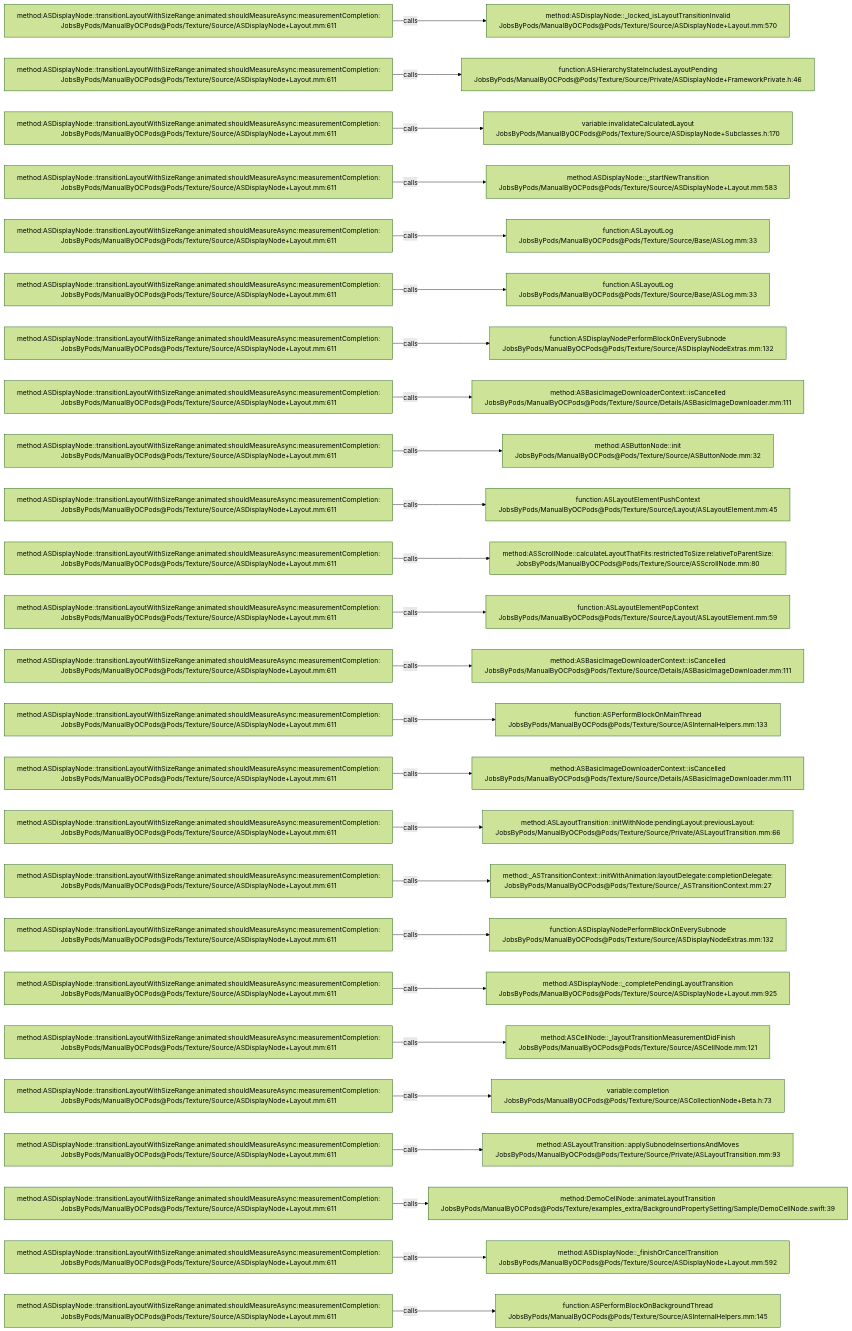
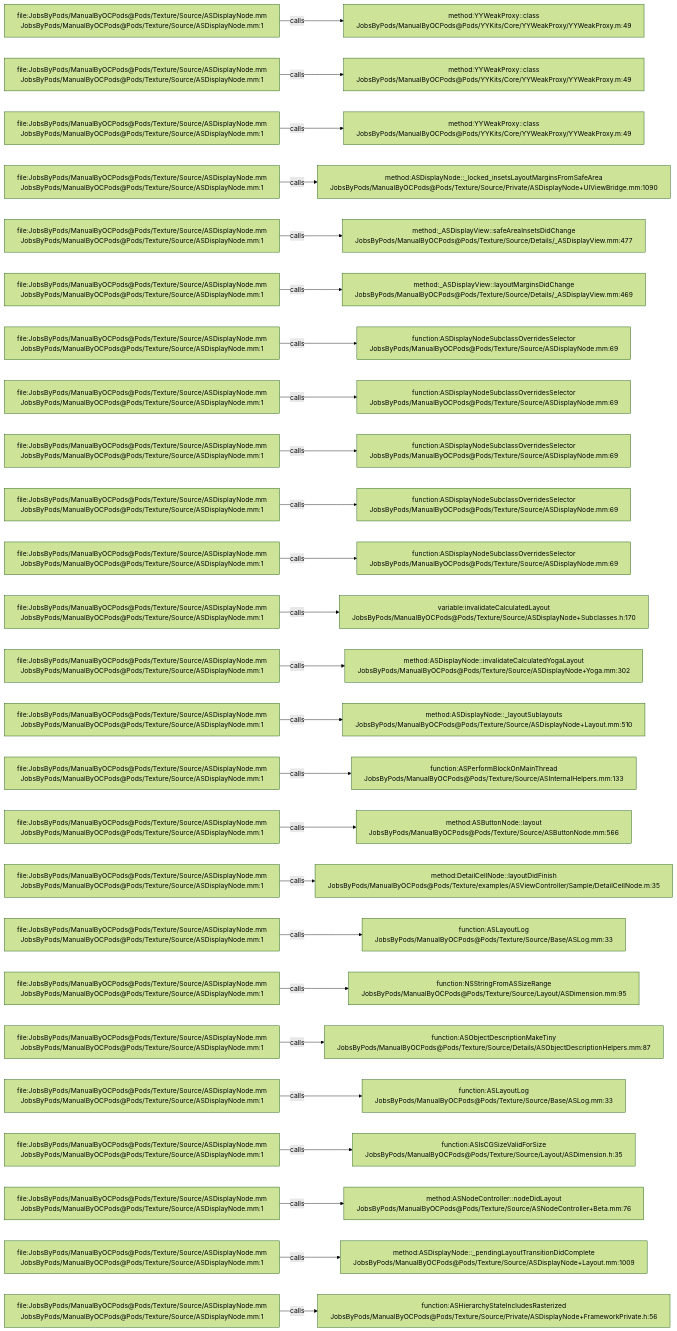
The diagram in .codegraph/codegraph.md/graphs/calls-100.md (JobsKits/JobsOCBaseConfigDemo), drawn with Mermaid (forest theme) before and after one commit. The commit also changed 1223 other files, not shown here.

````diff
--- a/.codegraph/codegraph.md/graphs/calls-100.md
+++ b/.codegraph/codegraph.md/graphs/calls-100.md
@@ -13,78 +13,78 @@
 ```mermaid
 flowchart LR
-  S1["method:ASDisplayNode::transitionLayoutWithSizeRange:animated:shouldMeasureAsync:measurementCompletion:<br/>JobsByPods/ManualByOCPods@Pods/Texture/Source/ASDisplayNode+Layout.mm:611"]
-  T1["method:ASDisplayNode::_locked_isLayoutTransitionInvalid<br/>JobsByPods/ManualByOCPods@Pods/Texture/Source/ASDisplayNode+Layout.mm:570"]
+  S1["file:JobsByPods/ManualByOCPods@Pods/Texture/Source/ASDisplayNode.mm<br/>JobsByPods/ManualByOCPods@Pods/Texture/Source/ASDisplayNode.mm:1"]
+  T1["method:YYWeakProxy::class<br/>JobsByPods/ManualByOCPods@Pods/YYKits/Core/YYWeakProxy/YYWeakProxy.m:49"]
   S1 -->|calls| T1
-  S2["method:ASDisplayNode::transitionLayoutWithSizeRange:animated:shouldMeasureAsync:measurementCompletion:<br/>JobsByPods/ManualByOCPods@Pods/Texture/Source/ASDisplayNode+Layout.mm:611"]
-  T2["function:ASHierarchyStateIncludesLayoutPending<br/>JobsByPods/ManualByOCPods@Pods/Texture/Source/Private/ASDisplayNode+FrameworkPrivate.h:46"]
+  S2["file:JobsByPods/ManualByOCPods@Pods/Texture/Source/ASDisplayNode.mm<br/>JobsByPods/ManualByOCPods@Pods/Texture/Source/ASDisplayNode.mm:1"]
+  T2["method:YYWeakProxy::class<br/>JobsByPods/ManualByOCPods@Pods/YYKits/Core/YYWeakProxy/YYWeakProxy.m:49"]
   S2 -->|calls| T2
-  S3["method:ASDisplayNode::transitionLayoutWithSizeRange:animated:shouldMeasureAsync:measurementCompletion:<br/>JobsByPods/ManualByOCPods@Pods/Texture/Source/ASDisplayNode+Layout.mm:611"]
-  T3["variable:invalidateCalculatedLayout<br/>JobsByPods/ManualByOCPods@Pods/Texture/Source/ASDisplayNode+Subclasses.h:170"]
+  S3["file:JobsByPods/ManualByOCPods@Pods/Texture/Source/ASDisplayNode.mm<br/>JobsByPods/ManualByOCPods@Pods/Texture/Source/ASDisplayNode.mm:1"]
+  T3["method:YYWeakProxy::class<br/>JobsByPods/ManualByOCPods@Pods/YYKits/Core/YYWeakProxy/YYWeakProxy.m:49"]
   S3 -->|calls| T3
-  S4["method:ASDisplayNode::transitionLayoutWithSizeRange:animated:shouldMeasureAsync:measurementCompletion:<br/>JobsByPods/ManualByOCPods@Pods/Texture/Source/ASDisplayNode+Layout.mm:611"]
-  T4["method:ASDisplayNode::_startNewTransition<br/>JobsByPods/ManualByOCPods@Pods/Texture/Source/ASDisplayNode+Layout.mm:583"]
+  S4["file:JobsByPods/ManualByOCPods@Pods/Texture/Source/ASDisplayNode.mm<br/>JobsByPods/ManualByOCPods@Pods/Texture/Source/ASDisplayNode.mm:1"]
+  T4["method:ASDisplayNode::_locked_insetsLayoutMarginsFromSafeArea<br/>JobsByPods/ManualByOCPods@Pods/Texture/Source/Private/ASDisplayNode+UIViewBridge.mm:1090"]
   S4 -->|calls| T4
-  S5["method:ASDisplayNode::transitionLayoutWithSizeRange:animated:shouldMeasureAsync:measurementCompletion:<br/>JobsByPods/ManualByOCPods@Pods/Texture/Source/ASDisplayNode+Layout.mm:611"]
-  T5["function:ASLayoutLog<br/>JobsByPods/ManualByOCPods@Pods/Texture/Source/Base/ASLog.mm:33"]
+  S5["file:JobsByPods/ManualByOCPods@Pods/Texture/Source/ASDisplayNode.mm<br/>JobsByPods/ManualByOCPods@Pods/Texture/Source/ASDisplayNode.mm:1"]
+  T5["method:_ASDisplayView::safeAreaInsetsDidChange<br/>JobsByPods/ManualByOCPods@Pods/Texture/Source/Details/_ASDisplayView.mm:477"]
   S5 -->|calls| T5
-  S6["method:ASDisplayNode::transitionLayoutWithSizeRange:animated:shouldMeasureAsync:measurementCompletion:<br/>JobsByPods/ManualByOCPods@Pods/Texture/Source/ASDisplayNode+Layout.mm:611"]
-  T6["function:ASLayoutLog<br/>JobsByPods/ManualByOCPods@Pods/Texture/Source/Base/ASLog.mm:33"]
+  S6["file:JobsByPods/ManualByOCPods@Pods/Texture/Source/ASDisplayNode.mm<br/>JobsByPods/ManualByOCPods@Pods/Texture/Source/ASDisplayNode.mm:1"]
+  T6["method:_ASDisplayView::layoutMarginsDidChange<br/>JobsByPods/ManualByOCPods@Pods/Texture/Source/Details/_ASDisplayView.mm:469"]
   S6 -->|calls| T6
-  S7["method:ASDisplayNode::transitionLayoutWithSizeRange:animated:shouldMeasureAsync:measurementCompletion:<br/>JobsByPods/ManualByOCPods@Pods/Texture/Source/ASDisplayNode+Layout.mm:611"]
-  T7["function:ASDisplayNodePerformBlockOnEverySubnode<br/>JobsByPods/ManualByOCPods@Pods/Texture/Source/ASDisplayNodeExtras.mm:132"]
+  S7["file:JobsByPods/ManualByOCPods@Pods/Texture/Source/ASDisplayNode.mm<br/>JobsByPods/ManualByOCPods@Pods/Texture/Source/ASDisplayNode.mm:1"]
+  T7["function:ASDisplayNodeSubclassOverridesSelector<br/>JobsByPods/ManualByOCPods@Pods/Texture/Source/ASDisplayNode.mm:69"]
   S7 -->|calls| T7
-  S8["method:ASDisplayNode::transitionLayoutWithSizeRange:animated:shouldMeasureAsync:measurementCompletion:<br/>JobsByPods/ManualByOCPods@Pods/Texture/Source/ASDisplayNode+Layout.mm:611"]
-  T8["method:ASBasicImageDownloaderContext::isCancelled<br/>JobsByPods/ManualByOCPods@Pods/Texture/Source/Details/ASBasicImageDownloader.mm:111"]
+  S8["file:JobsByPods/ManualByOCPods@Pods/Texture/Source/ASDisplayNode.mm<br/>JobsByPods/ManualByOCPods@Pods/Texture/Source/ASDisplayNode.mm:1"]
+  T8["function:ASDisplayNodeSubclassOverridesSelector<br/>JobsByPods/ManualByOCPods@Pods/Texture/Source/ASDisplayNode.mm:69"]
   S8 -->|calls| T8
-  S9["method:ASDisplayNode::transitionLayoutWithSizeRange:animated:shouldMeasureAsync:measurementCompletion:<br/>JobsByPods/ManualByOCPods@Pods/Texture/Source/ASDisplayNode+Layout.mm:611"]
-  T9["method:ASButtonNode::init<br/>JobsByPods/ManualByOCPods@Pods/Texture/Source/ASButtonNode.mm:32"]
+  S9["file:JobsByPods/ManualByOCPods@Pods/Texture/Source/ASDisplayNode.mm<br/>JobsByPods/ManualByOCPods@Pods/Texture/Source/ASDisplayNode.mm:1"]
+  T9["function:ASDisplayNodeSubclassOverridesSelector<br/>JobsByPods/ManualByOCPods@Pods/Texture/Source/ASDisplayNode.mm:69"]
   S9 -->|calls| T9
-  S10["method:ASDisplayNode::transitionLayoutWithSizeRange:animated:shouldMeasureAsync:measurementCompletion:<br/>JobsByPods/ManualByOCPods@Pods/Texture/Source/ASDisplayNode+Layout.mm:611"]
-  T10["function:ASLayoutElementPushContext<br/>JobsByPods/ManualByOCPods@Pods/Texture/Source/Layout/ASLayoutElement.mm:45"]
+  S10["file:JobsByPods/ManualByOCPods@Pods/Texture/Source/ASDisplayNode.mm<br/>JobsByPods/ManualByOCPods@Pods/Texture/Source/ASDisplayNode.mm:1"]
+  T10["function:ASDisplayNodeSubclassOverridesSelector<br/>JobsByPods/ManualByOCPods@Pods/Texture/Source/ASDisplayNode.mm:69"]
   S10 -->|calls| T10
-  S11["method:ASDisplayNode::transitionLayoutWithSizeRange:animated:shouldMeasureAsync:measurementCompletion:<br/>JobsByPods/ManualByOCPods@Pods/Texture/Source/ASDisplayNode+Layout.mm:611"]
-  T11["method:ASScrollNode::calculateLayoutThatFits:restrictedToSize:relativeToParentSize:<br/>JobsByPods/ManualByOCPods@Pods/Texture/Source/ASScrollNode.mm:80"]
+  S11["file:JobsByPods/ManualByOCPods@Pods/Texture/Source/ASDisplayNode.mm<br/>JobsByPods/ManualByOCPods@Pods/Texture/Source/ASDisplayNode.mm:1"]
+  T11["function:ASDisplayNodeSubclassOverridesSelector<br/>JobsByPods/ManualByOCPods@Pods/Texture/Source/ASDisplayNode.mm:69"]
   S11 -->|calls| T11
-  S12["method:ASDisplayNode::transitionLayoutWithSizeRange:animated:shouldMeasureAsync:measurementCompletion:<br/>JobsByPods/ManualByOCPods@Pods/Texture/Source/ASDisplayNode+Layout.mm:611"]
-  T12["function:ASLayoutElementPopContext<br/>JobsByPods/ManualByOCPods@Pods/Texture/Source/Layout/ASLayoutElement.mm:59"]
+  S12["file:JobsByPods/ManualByOCPods@Pods/Texture/Source/ASDisplayNode.mm<br/>JobsByPods/ManualByOCPods@Pods/Texture/Source/ASDisplayNode.mm:1"]
+  T12["variable:invalidateCalculatedLayout<br/>JobsByPods/ManualByOCPods@Pods/Texture/Source/ASDisplayNode+Subclasses.h:170"]
   S12 -->|calls| T12
-  S13["method:ASDisplayNode::transitionLayoutWithSizeRange:animated:shouldMeasureAsync:measurementCompletion:<br/>JobsByPods/ManualByOCPods@Pods/Texture/Source/ASDisplayNode+Layout.mm:611"]
-  T13["method:ASBasicImageDownloaderContext::isCancelled<br/>JobsByPods/ManualByOCPods@Pods/Texture/Source/Details/ASBasicImageDownloader.mm:111"]
+  S13["file:JobsByPods/ManualByOCPods@Pods/Texture/Source/ASDisplayNode.mm<br/>JobsByPods/ManualByOCPods@Pods/Texture/Source/ASDisplayNode.mm:1"]
+  T13["method:ASDisplayNode::invalidateCalculatedYogaLayout<br/>JobsByPods/ManualByOCPods@Pods/Texture/Source/ASDisplayNode+Yoga.mm:302"]
   S13 -->|calls| T13
-  S14["method:ASDisplayNode::transitionLayoutWithSizeRange:animated:shouldMeasureAsync:measurementCompletion:<br/>JobsByPods/ManualByOCPods@Pods/Texture/Source/ASDisplayNode+Layout.mm:611"]
-  T14["function:ASPerformBlockOnMainThread<br/>JobsByPods/ManualByOCPods@Pods/Texture/Source/ASInternalHelpers.mm:133"]
+  S14["file:JobsByPods/ManualByOCPods@Pods/Texture/Source/ASDisplayNode.mm<br/>JobsByPods/ManualByOCPods@Pods/Texture/Source/ASDisplayNode.mm:1"]
+  T14["method:ASDisplayNode::_layoutSublayouts<br/>JobsByPods/ManualByOCPods@Pods/Texture/Source/ASDisplayNode+Layout.mm:510"]
   S14 -->|calls| T14
-  S15["method:ASDisplayNode::transitionLayoutWithSizeRange:animated:shouldMeasureAsync:measurementCompletion:<br/>JobsByPods/ManualByOCPods@Pods/Texture/Source/ASDisplayNode+Layout.mm:611"]
-  T15["method:ASBasicImageDownloaderContext::isCancelled<br/>JobsByPods/ManualByOCPods@Pods/Texture/Source/Details/ASBasicImageDownloader.mm:111"]
+  S15["file:JobsByPods/ManualByOCPods@Pods/Texture/Source/ASDisplayNode.mm<br/>JobsByPods/ManualByOCPods@Pods/Texture/Source/ASDisplayNode.mm:1"]
+  T15["function:ASPerformBlockOnMainThread<br/>JobsByPods/ManualByOCPods@Pods/Texture/Source/ASInternalHelpers.mm:133"]
   S15 -->|calls| T15
-  S16["method:ASDisplayNode::transitionLayoutWithSizeRange:animated:shouldMeasureAsync:measurementCompletion:<br/>JobsByPods/ManualByOCPods@Pods/Texture/Source/ASDisplayNode+Layout.mm:611"]
-  T16["method:ASLayoutTransition::initWithNode:pendingLayout:previousLayout:<br/>JobsByPods/ManualByOCPods@Pods/Texture/Source/Private/ASLayoutTransition.mm:66"]
+  S16["file:JobsByPods/ManualByOCPods@Pods/Texture/Source/ASDisplayNode.mm<br/>JobsByPods/ManualByOCPods@Pods/Texture/Source/ASDisplayNode.mm:1"]
+  T16["method:ASButtonNode::layout<br/>JobsByPods/ManualByOCPods@Pods/Texture/Source/ASButtonNode.mm:566"]
   S16 -->|calls| T16
-  S17["method:ASDisplayNode::transitionLayoutWithSizeRange:animated:shouldMeasureAsync:measurementCompletion:<br/>JobsByPods/ManualByOCPods@Pods/Texture/Source/ASDisplayNode+Layout.mm:611"]
-  T17["method:_ASTransitionContext::initWithAnimation:layoutDelegate:completionDelegate:<br/>JobsByPods/ManualByOCPods@Pods/Texture/Source/_ASTransitionContext.mm:27"]
+  S17["file:JobsByPods/ManualByOCPods@Pods/Texture/Source/ASDisplayNode.mm<br/>JobsByPods/ManualByOCPods@Pods/Texture/Source/ASDisplayNode.mm:1"]
+  T17["method:DetailCellNode::layoutDidFinish<br/>JobsByPods/ManualByOCPods@Pods/Texture/examples/ASViewController/Sample/DetailCellNode.m:35"]
   S17 -->|calls| T17
-  S18["method:ASDisplayNode::transitionLayoutWithSizeRange:animated:shouldMeasureAsync:measurementCompletion:<br/>JobsByPods/ManualByOCPods@Pods/Texture/Source/ASDisplayNode+Layout.mm:611"]
-  T18["function:ASDisplayNodePerformBlockOnEverySubnode<br/>JobsByPods/ManualByOCPods@Pods/Texture/Source/ASDisplayNodeExtras.mm:132"]
+  S18["file:JobsByPods/ManualByOCPods@Pods/Texture/Source/ASDisplayNode.mm<br/>JobsByPods/ManualByOCPods@Pods/Texture/Source/ASDisplayNode.mm:1"]
+  T18["function:ASLayoutLog<br/>JobsByPods/ManualByOCPods@Pods/Texture/Source/Base/ASLog.mm:33"]
   S18 -->|calls| T18
-  S19["method:ASDisplayNode::transitionLayoutWithSizeRange:animated:shouldMeasureAsync:measurementCompletion:<br/>JobsByPods/ManualByOCPods@Pods/Texture/Source/ASDisplayNode+Layout.mm:611"]
-  T19["method:ASDisplayNode::_completePendingLayoutTransition<br/>JobsByPods/ManualByOCPods@Pods/Texture/Source/ASDisplayNode+Layout.mm:925"]
+  S19["file:JobsByPods/ManualByOCPods@Pods/Texture/Source/ASDisplayNode.mm<br/>JobsByPods/ManualByOCPods@Pods/Texture/Source/ASDisplayNode.mm:1"]
+  T19["function:NSStringFromASSizeRange<br/>JobsByPods/ManualByOCPods@Pods/Texture/Source/Layout/ASDimension.mm:95"]
   S19 -->|calls| T19
-  S20["method:ASDisplayNode::transitionLayoutWithSizeRange:animated:shouldMeasureAsync:measurementCompletion:<br/>JobsByPods/ManualByOCPods@Pods/Texture/Source/ASDisplayNode+Layout.mm:611"]
-  T20["method:ASCellNode::_layoutTransitionMeasurementDidFinish<br/>JobsByPods/ManualByOCPods@Pods/Texture/Source/ASCellNode.mm:121"]
+  S20["file:JobsByPods/ManualByOCPods@Pods/Texture/Source/ASDisplayNode.mm<br/>JobsByPods/ManualByOCPods@Pods/Texture/Source/ASDisplayNode.mm:1"]
+  T20["function:ASObjectDescriptionMakeTiny<br/>JobsByPods/ManualByOCPods@Pods/Texture/Source/Details/ASObjectDescriptionHelpers.mm:87"]
   S20 -->|calls| T20
-  S21["method:ASDisplayNode::transitionLayoutWithSizeRange:animated:shouldMeasureAsync:measurementCompletion:<br/>JobsByPods/ManualByOCPods@Pods/Texture/Source/ASDisplayNode+Layout.mm:611"]
-  T21["variable:completion<br/>JobsByPods/ManualByOCPods@Pods/Texture/Source/ASCollectionNode+Beta.h:73"]
+  S21["file:JobsByPods/ManualByOCPods@Pods/Texture/Source/ASDisplayNode.mm<br/>JobsByPods/ManualByOCPods@Pods/Texture/Source/ASDisplayNode.mm:1"]
+  T21["function:ASLayoutLog<br/>JobsByPods/ManualByOCPods@Pods/Texture/Source/Base/ASLog.mm:33"]
   S21 -->|calls| T21
-  S22["method:ASDisplayNode::transitionLayoutWithSizeRange:animated:shouldMeasureAsync:measurementCompletion:<br/>JobsByPods/ManualByOCPods@Pods/Texture/Source/ASDisplayNode+Layout.mm:611"]
-  T22["method:ASLayoutTransition::applySubnodeInsertionsAndMoves<br/>JobsByPods/ManualByOCPods@Pods/Texture/Source/Private/ASLayoutTransition.mm:93"]
+  S22["file:JobsByPods/ManualByOCPods@Pods/Texture/Source/ASDisplayNode.mm<br/>JobsByPods/ManualByOCPods@Pods/Texture/Source/ASDisplayNode.mm:1"]
+  T22["function:ASIsCGSizeValidForSize<br/>JobsByPods/ManualByOCPods@Pods/Texture/Source/Layout/ASDimension.h:35"]
   S22 -->|calls| T22
-  S23["method:ASDisplayNode::transitionLayoutWithSizeRange:animated:shouldMeasureAsync:measurementCompletion:<br/>JobsByPods/ManualByOCPods@Pods/Texture/Source/ASDisplayNode+Layout.mm:611"]
-  T23["method:DemoCellNode::animateLayoutTransition<br/>JobsByPods/ManualByOCPods@Pods/Texture/examples_extra/BackgroundPropertySetting/Sample/DemoCellNode.swift:39"]
+  S23["file:JobsByPods/ManualByOCPods@Pods/Texture/Source/ASDisplayNode.mm<br/>JobsByPods/ManualByOCPods@Pods/Texture/Source/ASDisplayNode.mm:1"]
+  T23["method:ASNodeController::nodeDidLayout<br/>JobsByPods/ManualByOCPods@Pods/Texture/Source/ASNodeController+Beta.mm:76"]
   S23 -->|calls| T23
-  S24["method:ASDisplayNode::transitionLayoutWithSizeRange:animated:shouldMeasureAsync:measurementCompletion:<br/>JobsByPods/ManualByOCPods@Pods/Texture/Source/ASDisplayNode+Layout.mm:611"]
-  T24["method:ASDisplayNode::_finishOrCancelTransition<br/>JobsByPods/ManualByOCPods@Pods/Texture/Source/ASDisplayNode+Layout.mm:592"]
+  S24["file:JobsByPods/ManualByOCPods@Pods/Texture/Source/ASDisplayNode.mm<br/>JobsByPods/ManualByOCPods@Pods/Texture/Source/ASDisplayNode.mm:1"]
+  T24["method:ASDisplayNode::_pendingLayoutTransitionDidComplete<br/>JobsByPods/ManualByOCPods@Pods/Texture/Source/ASDisplayNode+Layout.mm:1009"]
   S24 -->|calls| T24
-  S25["method:ASDisplayNode::transitionLayoutWithSizeRange:animated:shouldMeasureAsync:measurementCompletion:<br/>JobsByPods/ManualByOCPods@Pods/Texture/Source/ASDisplayNode+Layout.mm:611"]
-  T25["function:ASPerformBlockOnBackgroundThread<br/>JobsByPods/ManualByOCPods@Pods/Texture/Source/ASInternalHelpers.mm:145"]
+  S25["file:JobsByPods/ManualByOCPods@Pods/Texture/Source/ASDisplayNode.mm<br/>JobsByPods/ManualByOCPods@Pods/Texture/Source/ASDisplayNode.mm:1"]
+  T25["function:ASHierarchyStateIncludesRasterized<br/>JobsByPods/ManualByOCPods@Pods/Texture/Source/Private/ASDisplayNode+FrameworkPrivate.h:56"]
   S25 -->|calls| T25
 ```
````
